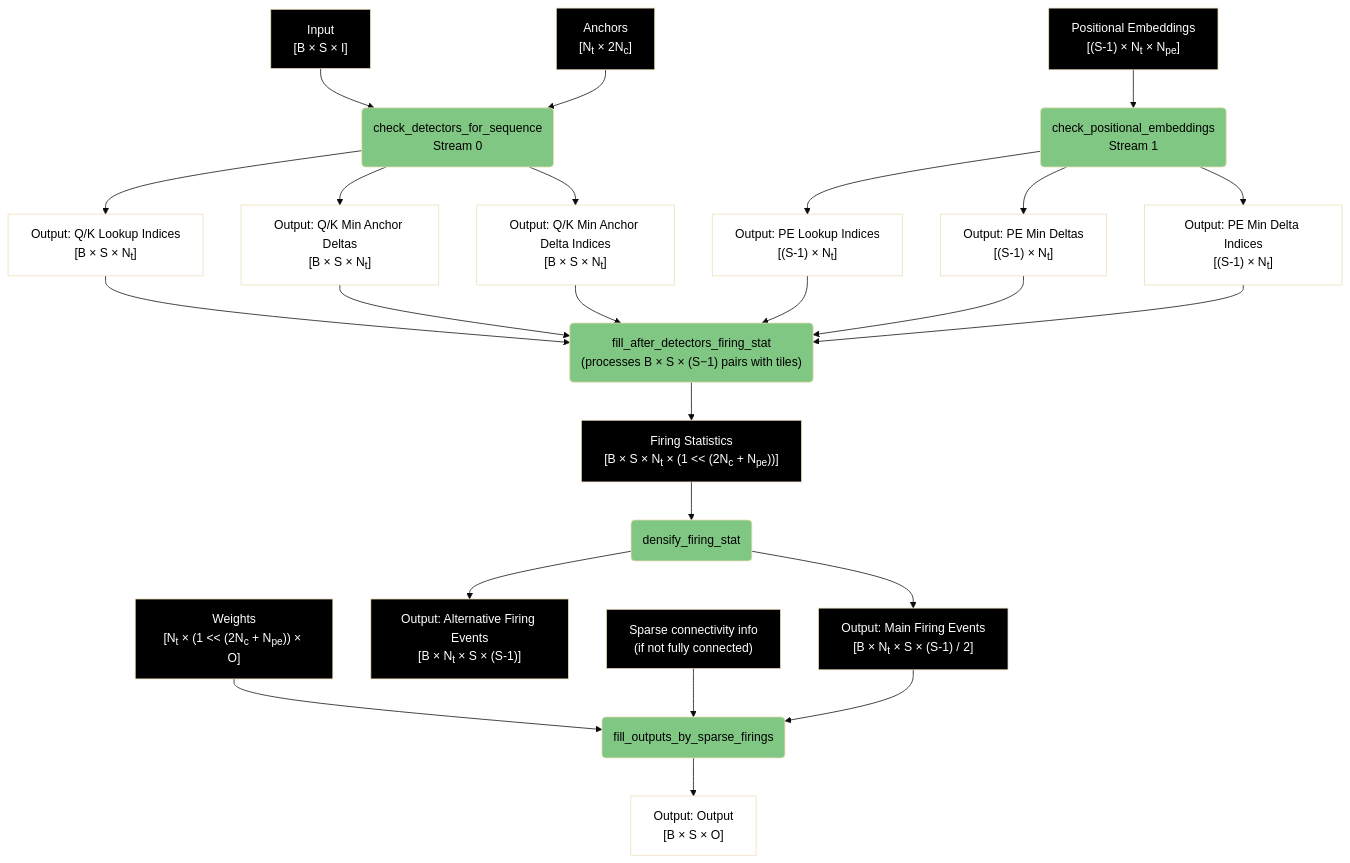
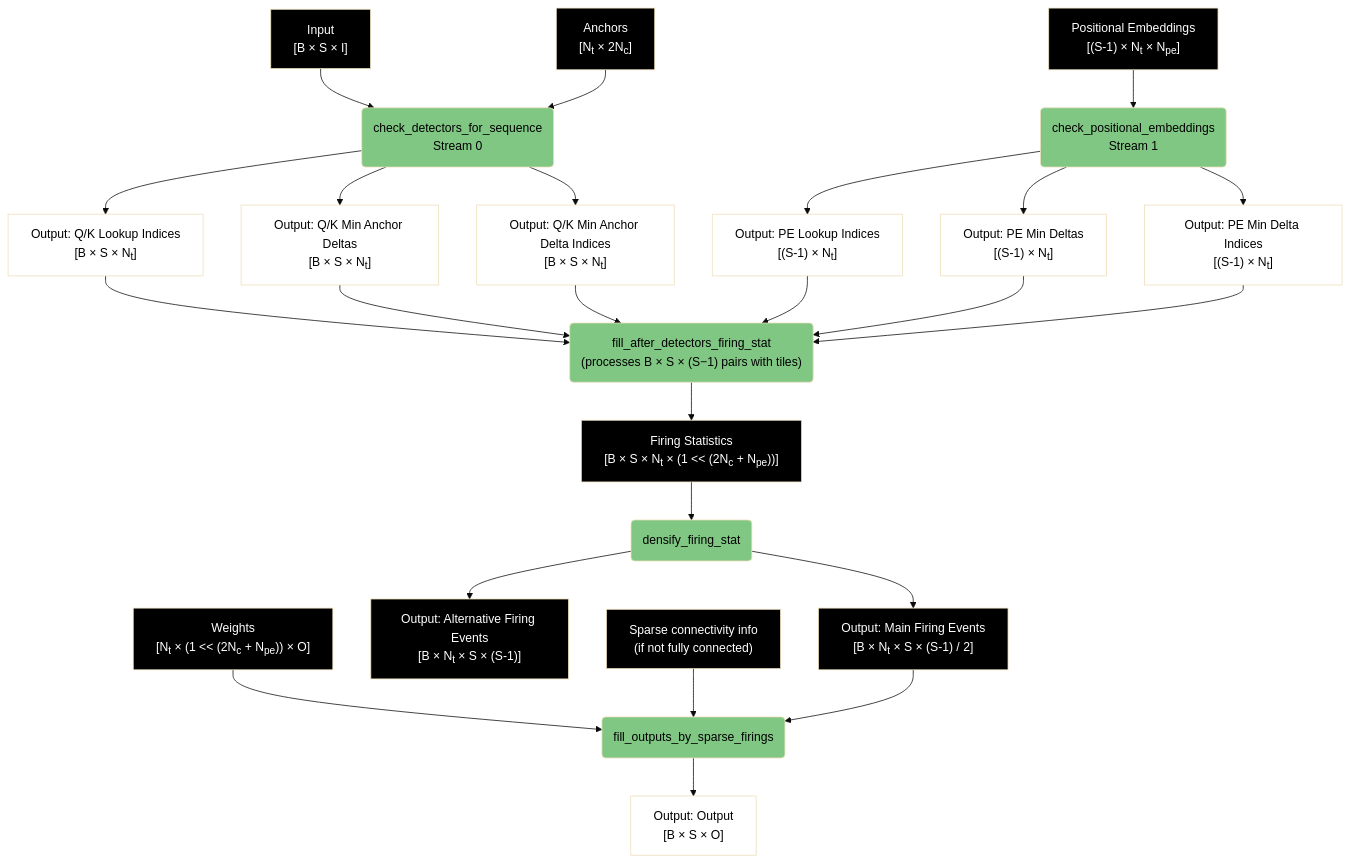
Before and after one commit to anatoli-starostin/spiky: the fifth of 6 diagrams in spiky_cuda/lut/doc/LUT_RUNTIME_DATA_FLOW.md, drawn with Mermaid (base theme). The commit also changed other lines of this file, not shown here.

Commit message:
LUT in progress

````diff
--- a/spiky_cuda/lut/doc/LUT_RUNTIME_DATA_FLOW.md
+++ b/spiky_cuda/lut/doc/LUT_RUNTIME_DATA_FLOW.md
@@ -161,55 +161,55 @@
 ```mermaid
 flowchart TD
     A["Input<br/>[B × S × I]"] --> B("check_detectors_for_sequence<br/>Stream 0")
     D5["Anchors<br/>[N<sub>t</sub> × 2N<sub>c</sub>]"] --> B
     C["Positional Embeddings<br/>[(S-1) × N<sub>t</sub> × N<sub>pe</sub>]"] --> D("check_positional_embeddings<br/>Stream 1")
     
     B --> E["Output: Q/K Lookup Indices<br/>[B × S × N<sub>t</sub>]"]
     B --> F["Output: Q/K Min Anchor Deltas<br/>[B × S × N<sub>t</sub>]"]
     B --> G["Output: Q/K Min Anchor Delta Indices<br/>[B × S × N<sub>t</sub>]"]
     
     D --> H["Output: PE Lookup Indices<br/>[(S-1) × N<sub>t</sub>]"]
     D --> I["Output: PE Min Deltas<br/>[(S-1) × N<sub>t</sub>]"]
     D --> J["Output: PE Min Delta Indices<br/>[(S-1) × N<sub>t</sub>]"]
     
     E --> K("fill_after_detectors_firing_stat<br/>(processes&nbsp;B&nbsp;×&nbsp;S&nbsp;×&nbsp;(S&minus;1)&nbsp;pairs&nbsp;with&nbsp;tiles)")
     F --> K
     G --> K
     H --> K
     I --> K
     J --> K
     
     K --> L["Firing Statistics<br/>[B&nbsp;×&nbsp;S&nbsp;×&nbsp;N<sub>t</sub>&nbsp;×&nbsp;(1&nbsp;<<&nbsp;(2N<sub>c</sub>&nbsp;+&nbsp;N<sub>pe</sub>))]"]
     
     L --> M(densify_firing_stat)
     
     M --> N["Output: Main Firing Events<br/>[B × N<sub>t</sub> × S × (S-1) / 2]"]
     M --> O["Output: Alternative Firing Events<br/>[B × N<sub>t</sub> × S × (S-1)]"]
     
-    W5["Weights<br/>[N<sub>t</sub> × (1 << (2N<sub>c</sub> + N<sub>pe</sub>)) × O]"] --> P(fill_outputs_by_sparse_firings)
+    W5["Weights<br/>[N<sub>t</sub>&nbsp;×&nbsp;(1&nbsp;<<&nbsp;(2N<sub>c</sub>&nbsp;+&nbsp;N<sub>pe</sub>))&nbsp;×&nbsp;O]"] --> P(fill_outputs_by_sparse_firings)
     SC3["Sparse connectivity info<br/>(if not fully connected)"] --> P
     N --> P
     
     P --> Q["Output: Output<br/>[B × S × O]"]
     
     style B fill:#81c784,color:#000000
     style D fill:#81c784,color:#000000
     style K fill:#81c784,color:#000000
     style M fill:#81c784,color:#000000
     style P fill:#81c784,color:#000000
     style A fill:#000000,color:#ffffff
     style C fill:#000000,color:#ffffff
     style D5 fill:#000000,color:#ffffff
     style SC3 fill:#000000,color:#ffffff
     style W5 fill:#000000,color:#ffffff
     style L fill:#000000,color:#ffffff
     style N fill:#000000,color:#ffffff
     style O fill:#000000,color:#ffffff
     style E fill:#ffffff,color:#000000
     style F fill:#ffffff,color:#000000
     style G fill:#ffffff,color:#000000
     style H fill:#ffffff,color:#000000
     style I fill:#ffffff,color:#000000
     style J fill:#ffffff,color:#000000
     style Q fill:#ffffff,color:#000000
 ```
````
